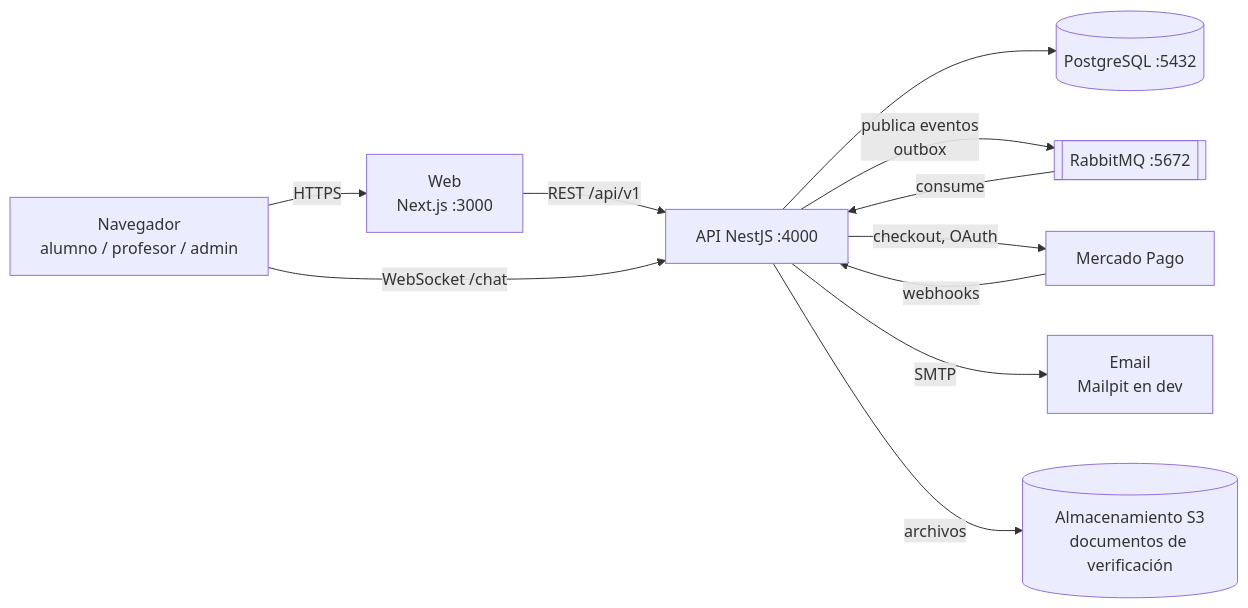
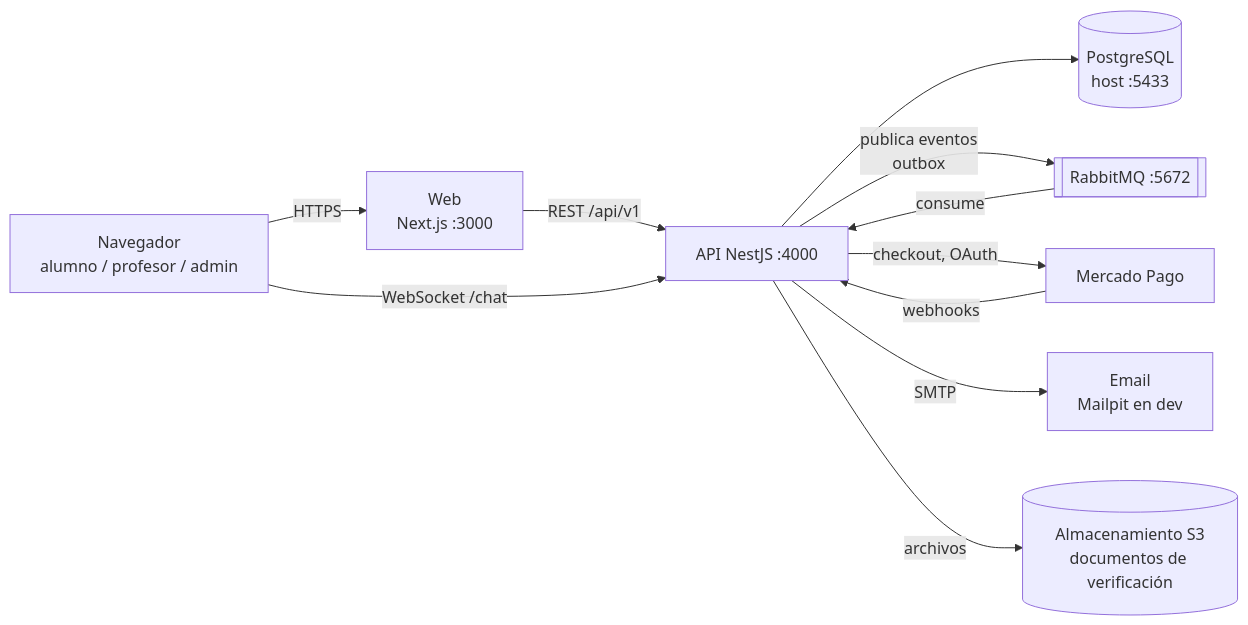
Before and after one commit to Isidrofer/EstudioYA: the diagram in docs/ARCHITECTURE.md, drawn with Mermaid. The commit also changed other lines of this file and 4 other files, not shown here.

````diff
--- a/docs/ARCHITECTURE.md
+++ b/docs/ARCHITECTURE.md
@@ -27,13 +27,13 @@
 ```mermaid
 flowchart LR
   U[Navegador<br/>alumno / profesor / admin] -->|HTTPS| W[Web<br/>Next.js :3000]
   W -->|REST /api/v1| A[API NestJS :4000]
   U -->|WebSocket /chat| A
-  A --> DB[(PostgreSQL :5432)]
+  A --> DB[(PostgreSQL<br/>host :5433)]
   A -->|publica eventos<br/>outbox| MQ[[RabbitMQ :5672]]
   MQ -->|consume| A
   A -->|checkout, OAuth| MP[Mercado Pago]
   MP -->|webhooks| A
   A -->|SMTP| M[Email<br/>Mailpit en dev]
   A -->|archivos| S3[(Almacenamiento S3<br/>documentos de verificación)]
 ```
````
